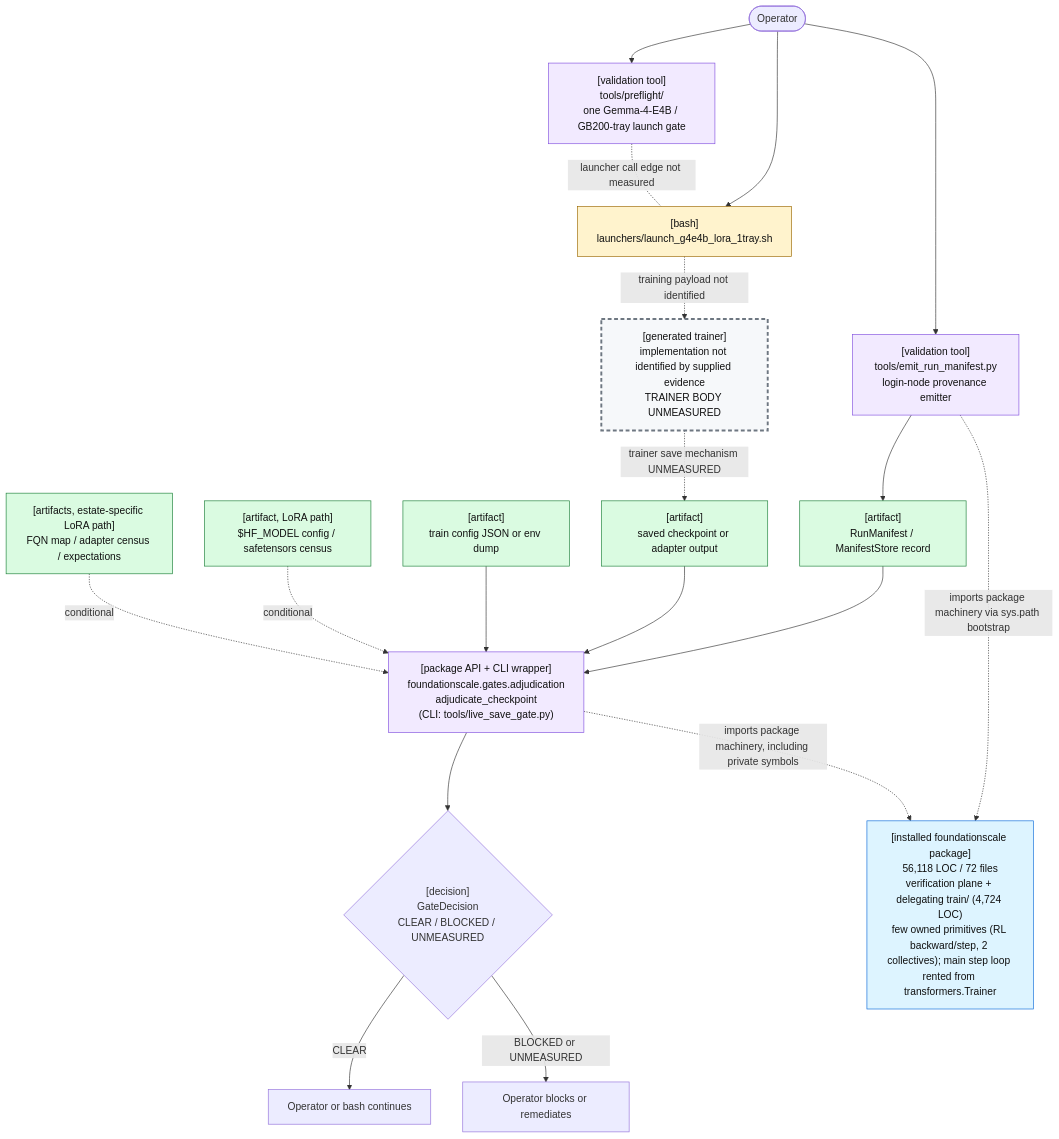
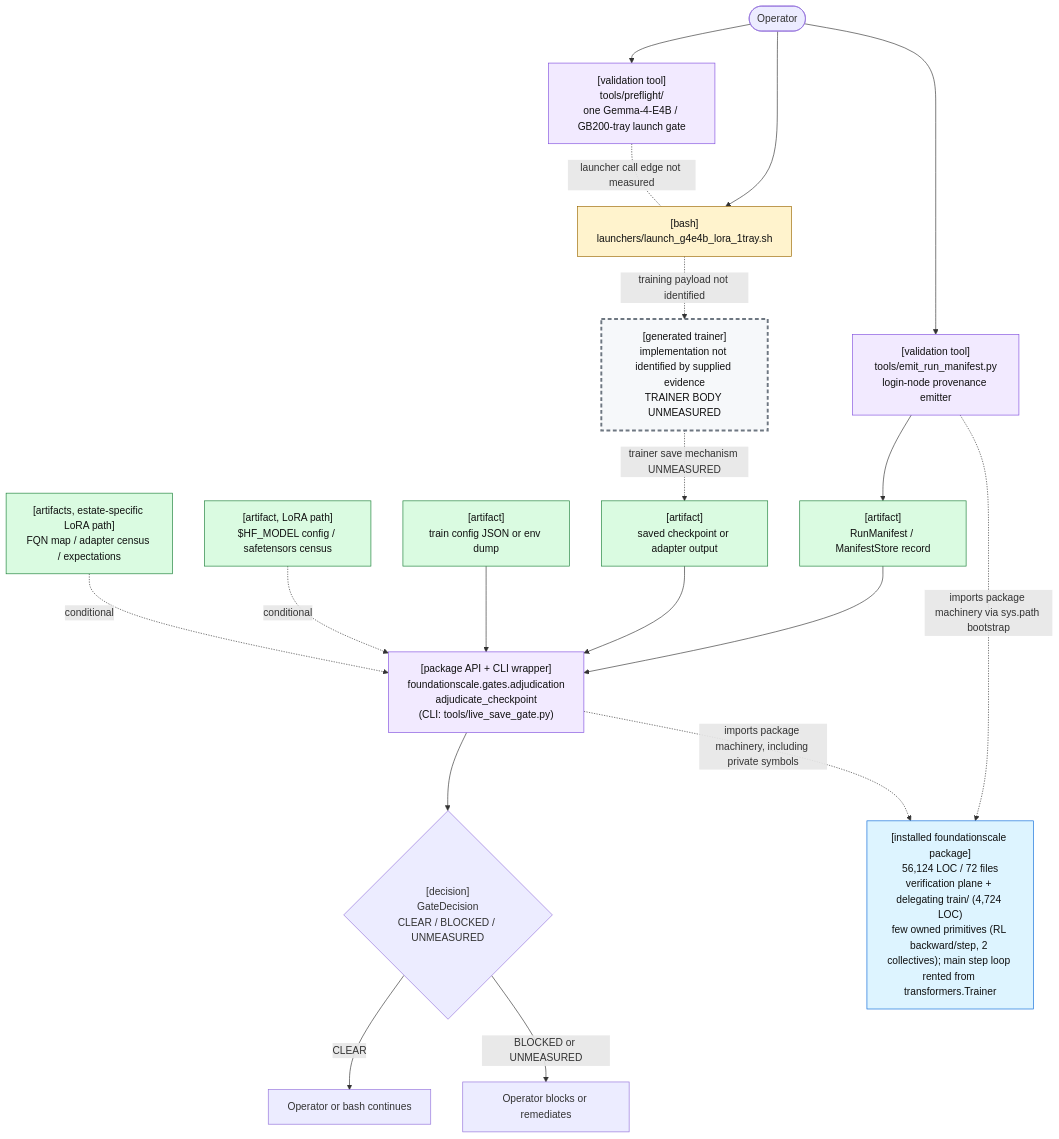
The first of 2 diagrams in docs/review/D2_current_architecture.md (TranNhiem/FoundationScale), drawn with Mermaid before and after one commit. The commit also changed other lines of this file and 12 other files, not shown here.

````diff
--- a/docs/review/D2_current_architecture.md
+++ b/docs/review/D2_current_architecture.md
@@ -25,59 +25,59 @@
 ```mermaid
 flowchart TB
   O(["Operator"])
 
   PF["[validation tool]<br/>tools/preflight/<br/>one Gemma-4-E4B / GB200-tray launch gate"]
   L["[bash]<br/>launchers/launch_g4e4b_lora_1tray.sh"]
 
   E["[validation tool]<br/>tools/emit_run_manifest.py<br/>login-node provenance emitter"]
   M["[artifact]<br/>RunManifest / ManifestStore record"]
 
   T["[generated trainer]<br/>implementation not identified by supplied evidence<br/>TRAINER BODY UNMEASURED"]
   C["[artifact]<br/>saved checkpoint or adapter output"]
 
   G["[package API + CLI wrapper]<br/>foundationscale.gates.adjudication<br/>adjudicate_checkpoint<br/>(CLI: tools/live_save_gate.py)"]
   CFG["[artifact]<br/>train config JSON or env dump"]
   BASE["[artifact, LoRA path]<br/>$HF_MODEL config / safetensors census"]
   CEN["[artifacts, estate-specific LoRA path]<br/>FQN map / adapter census / expectations"]
 
   D{"[decision]<br/>GateDecision<br/>CLEAR / BLOCKED / UNMEASURED"}
   OK["Operator or bash continues"]
   NO["Operator blocks or remediates"]
 
-  PKG["[installed foundationscale package]<br/>56,118 LOC / 72 files<br/>verification plane + delegating train/ (4,724 LOC)<br/>few owned primitives (RL backward/step, 2 collectives); main step loop rented from transformers.Trainer"]
+  PKG["[installed foundationscale package]<br/>56,124 LOC / 72 files<br/>verification plane + delegating train/ (4,724 LOC)<br/>few owned primitives (RL backward/step, 2 collectives); main step loop rented from transformers.Trainer"]
 
   O --> PF
   O --> L
   PF -. "launcher call edge not measured" .- L
 
   O --> E
   E --> M
 
   L -. "training payload not identified" .-> T
   T -. "trainer save mechanism UNMEASURED" .-> C
 
   M --> G
   C --> G
   CFG --> G
   BASE -. "conditional" .-> G
   CEN -. "conditional" .-> G
 
   E -. "imports package machinery via sys.path bootstrap" .-> PKG
   G -. "imports package machinery, including private symbols" .-> PKG
 
   G --> D
   D -->|"CLEAR"| OK
   D -->|"BLOCKED or UNMEASURED"| NO
 
   classDef bash fill:#fff3cd,stroke:#9a6700,color:#111;
   classDef tool fill:#f2eaff,stroke:#8250df,color:#111;
   classDef artifact fill:#dafbe1,stroke:#1a7f37,color:#111;
   classDef gap fill:#f6f8fa,stroke:#6e7781,stroke-width:3px,stroke-dasharray: 6 4,color:#111;
   classDef pkg fill:#ddf4ff,stroke:#0969da,color:#111;
 
   class L bash;
   class PF,E,G tool;
   class M,C,CFG,BASE,CEN artifact;
   class T gap;
   class PKG pkg;
 ```
````
